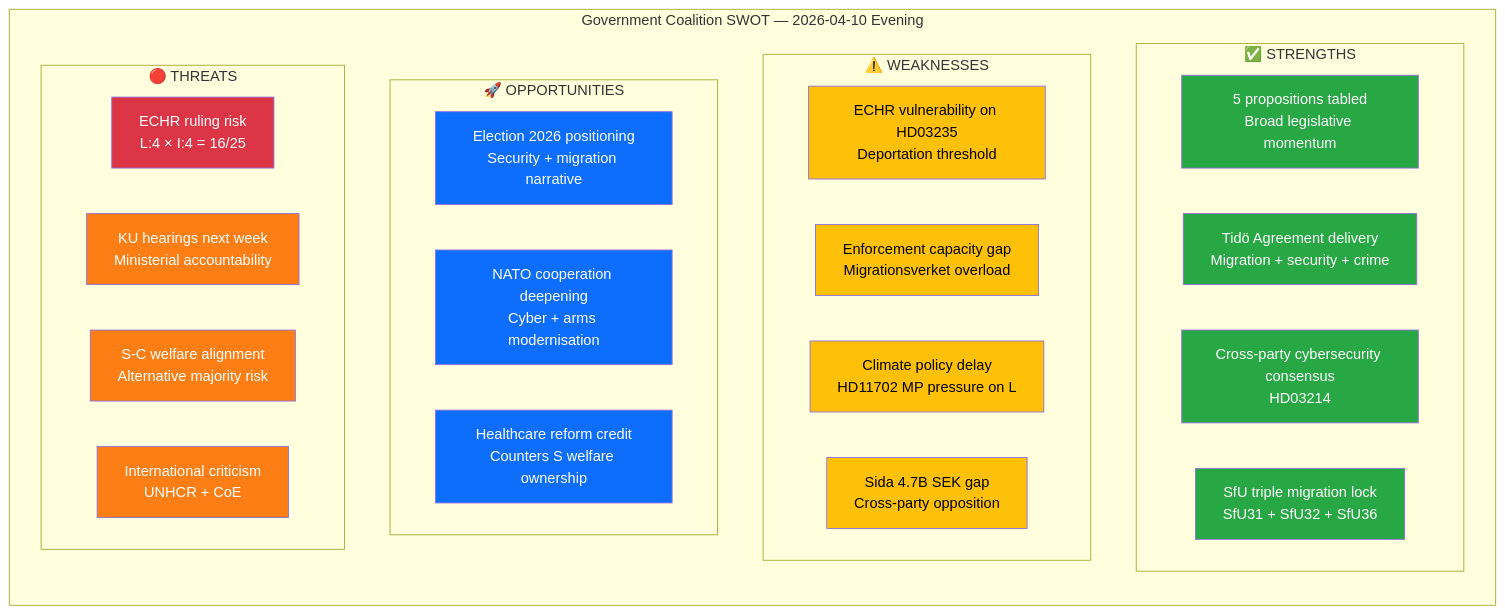
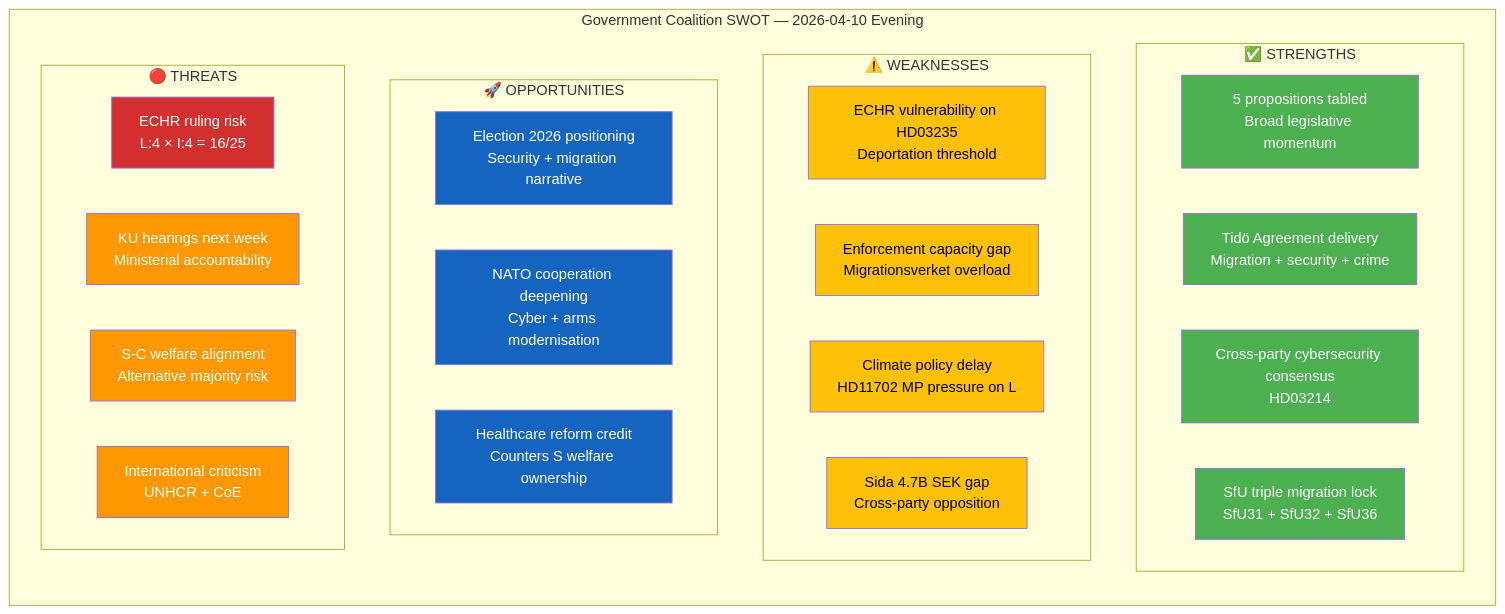
One commit to Hack23/riksdagsmonitor changed the diagram in analysis/daily/2026-04-10/evening-analysis/swot-analysis.md. Above: the diagram before and after it, drawn with Mermaid. The commit also changed 785 other files, not shown here.

First line of the commit message:
Normalize mermaid colors across 786 analysis artifacts to ISMS Style Guide palette

````diff
--- a/analysis/daily/2026-04-10/evening-analysis/swot-analysis.md
+++ b/analysis/daily/2026-04-10/evening-analysis/swot-analysis.md
@@ -15,45 +15,45 @@
 ```mermaid
 graph TD
     subgraph "Government Coalition SWOT — 2026-04-10 Evening"
         direction TB
         subgraph "✅ STRENGTHS"
             S1["5 propositions tabled<br/>Broad legislative momentum"]
             S2["Tidö Agreement delivery<br/>Migration + security + crime"]
             S3["Cross-party cybersecurity consensus<br/>HD03214"]
             S4["SfU triple migration lock<br/>SfU31 + SfU32 + SfU36"]
         end
         subgraph "⚠️ WEAKNESSES"
             W1["ECHR vulnerability on HD03235<br/>Deportation threshold"]
             W2["Enforcement capacity gap<br/>Migrationsverket overload"]
             W3["Climate policy delay<br/>HD11702 MP pressure on L"]
             W4["Sida 4.7B SEK gap<br/>Cross-party opposition"]
         end
         subgraph "🚀 OPPORTUNITIES"
             O1["Election 2026 positioning<br/>Security + migration narrative"]
             O2["NATO cooperation deepening<br/>Cyber + arms modernisation"]
             O3["Healthcare reform credit<br/>Counters S welfare ownership"]
         end
         subgraph "🔴 THREATS"
             T1["ECHR ruling risk<br/>L:4 × I:4 = 16/25"]
             T2["KU hearings next week<br/>Ministerial accountability"]
             T3["S-C welfare alignment<br/>Alternative majority risk"]
             T4["International criticism<br/>UNHCR + CoE"]
         end
     end
 
-    style S1 fill:#28a745,color:#fff
-    style S2 fill:#28a745,color:#fff
-    style S3 fill:#28a745,color:#fff
-    style S4 fill:#28a745,color:#fff
-    style W1 fill:#ffc107,color:#000
-    style W2 fill:#ffc107,color:#000
-    style W3 fill:#ffc107,color:#000
-    style W4 fill:#ffc107,color:#000
-    style O1 fill:#0d6efd,color:#fff
-    style O2 fill:#0d6efd,color:#fff
-    style O3 fill:#0d6efd,color:#fff
-    style T1 fill:#dc3545,color:#fff
-    style T2 fill:#fd7e14,color:#fff
-    style T3 fill:#fd7e14,color:#fff
-    style T4 fill:#fd7e14,color:#fff
+    style S1 fill:#4CAF50,color:#FFFFFF
+    style S2 fill:#4CAF50,color:#FFFFFF
+    style S3 fill:#4CAF50,color:#FFFFFF
+    style S4 fill:#4CAF50,color:#FFFFFF
+    style W1 fill:#FFC107,color:#000000
+    style W2 fill:#FFC107,color:#000000
+    style W3 fill:#FFC107,color:#000000
+    style W4 fill:#FFC107,color:#000000
+    style O1 fill:#1565C0,color:#FFFFFF
+    style O2 fill:#1565C0,color:#FFFFFF
+    style O3 fill:#1565C0,color:#FFFFFF
+    style T1 fill:#D32F2F,color:#FFFFFF
+    style T2 fill:#FF9800,color:#FFFFFF
+    style T3 fill:#FF9800,color:#FFFFFF
+    style T4 fill:#FF9800,color:#FFFFFF
 ```
````
